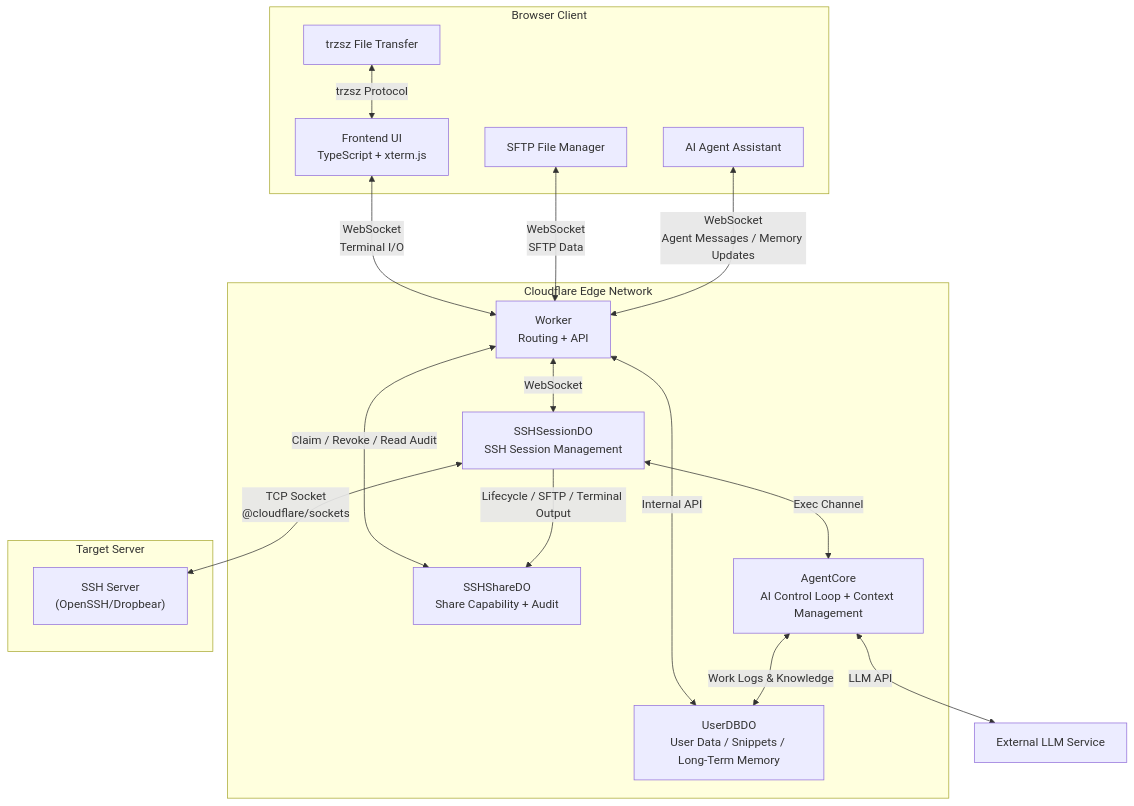
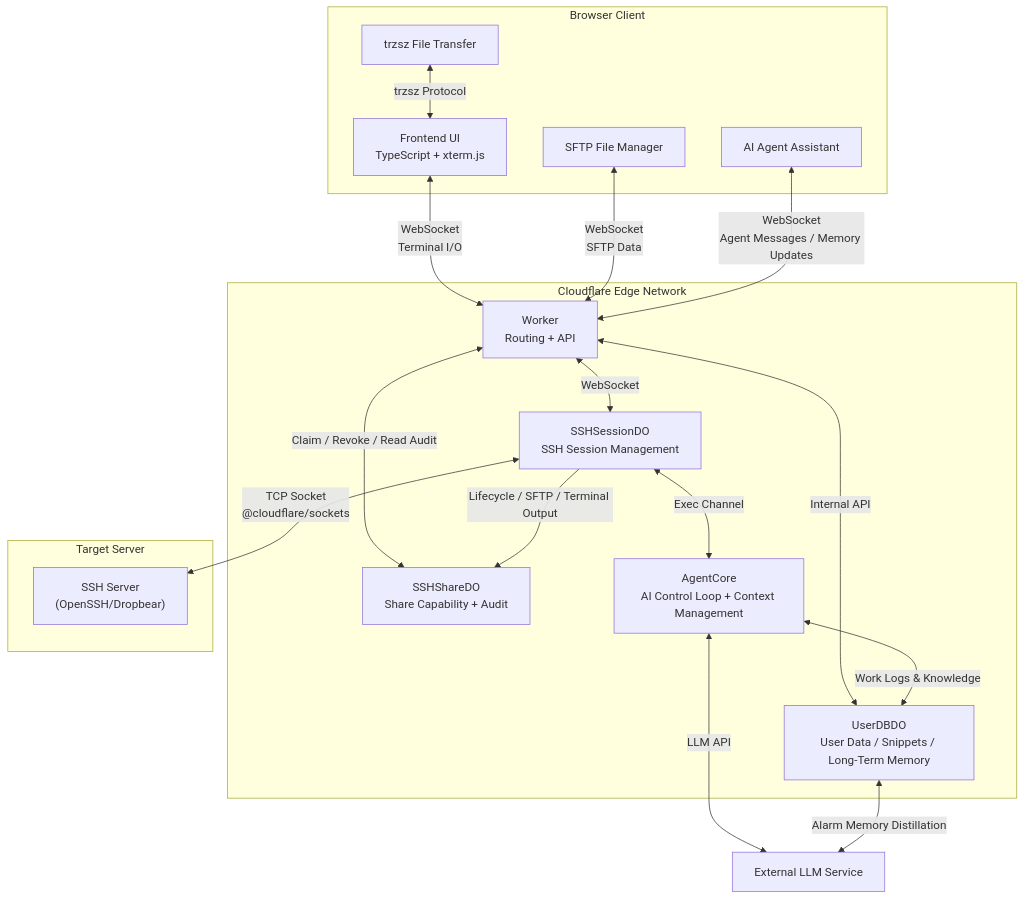
The diagram in README_en.md (newbietan/CloudSSH), drawn with Mermaid before and after one commit. The commit also changed other lines of this file and 40 other files, not shown here.

````diff
--- a/README_en.md
+++ b/README_en.md
@@ -138,34 +138,35 @@
 ```mermaid
 flowchart TB
     subgraph "Browser Client"
         UI["Frontend UI<br/>TypeScript + xterm.js"]
         SFTP["SFTP File Manager"]
         Agent["AI Agent Assistant"]
         Trzsz["trzsz File Transfer"]
     end
 
     subgraph "Cloudflare Edge Network"
         Worker["Worker<br/>Routing + API"]
         SSH_DO["SSHSessionDO<br/>SSH Session Management"]
         User_DO["UserDBDO<br/>User Data / Snippets / Long-Term Memory"]
         Share_DO["SSHShareDO<br/>Share Capability + Audit"]
         AgentCore["AgentCore<br/>AI Control Loop + Context Management"]
     end
 
     subgraph "Target Server"
         SSH["SSH Server<br/>(OpenSSH/Dropbear)"]
     end
 
     UI <-->|"WebSocket<br/>Terminal I/O"| Worker
     SFTP <-->|"WebSocket<br/>SFTP Data"| Worker
     Agent <-->|"WebSocket<br/>Agent Messages / Memory Updates"| Worker
     Trzsz <-->|"trzsz Protocol"| UI
     Worker <-->|"WebSocket"| SSH_DO
     Worker <-->|"Internal API"| User_DO
     Worker <-->|"Claim / Revoke / Read Audit"| Share_DO
     SSH_DO -->|"Lifecycle / SFTP / Terminal Output"| Share_DO
     SSH_DO <-->|"TCP Socket<br/>@cloudflare/sockets"| SSH
     SSH_DO <-->|"Exec Channel"| AgentCore
     AgentCore <-->|"Work Logs & Knowledge"| User_DO
     AgentCore <-->|"LLM API"| External["External LLM Service"]
+    User_DO <-->|"Alarm Memory Distillation"| External
 ```
````
